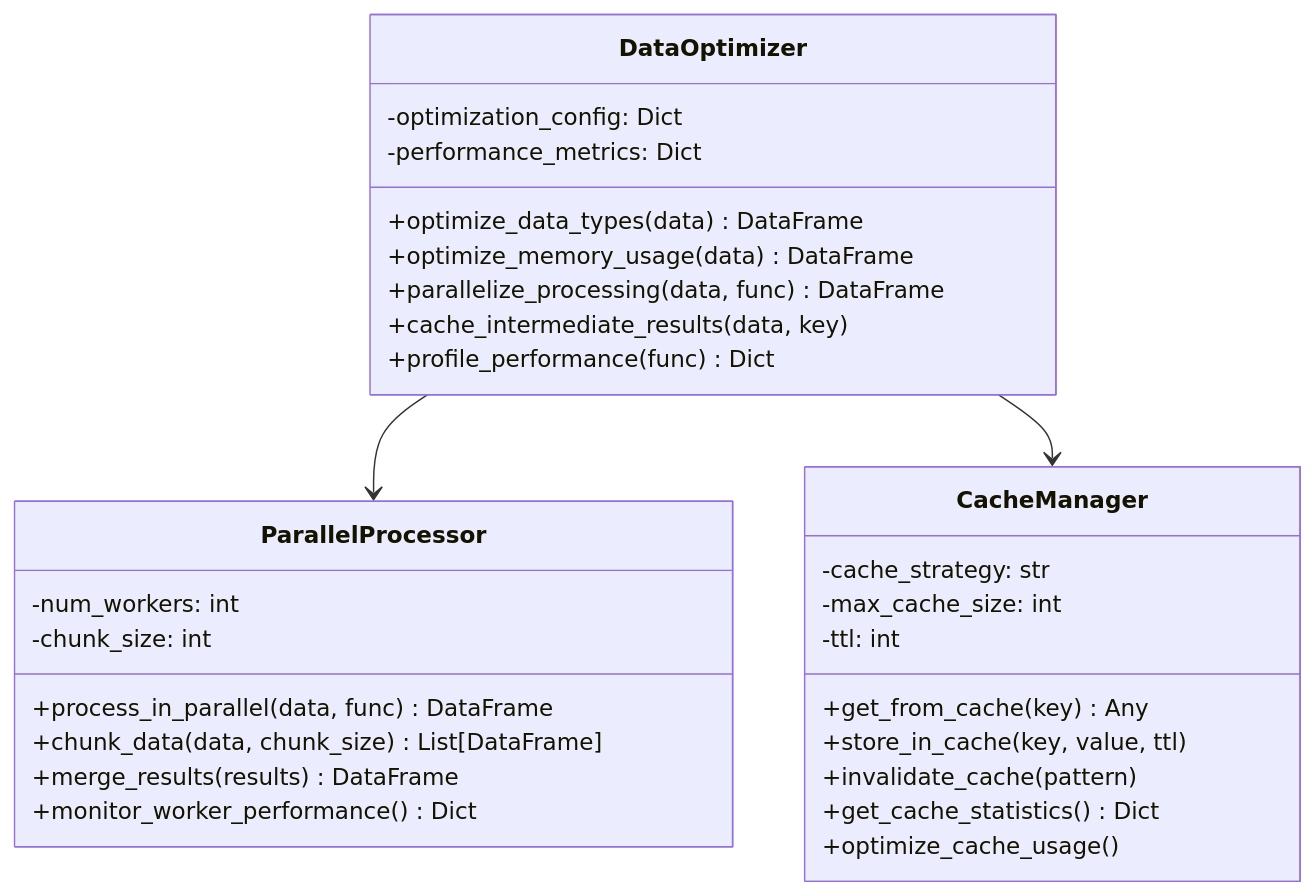
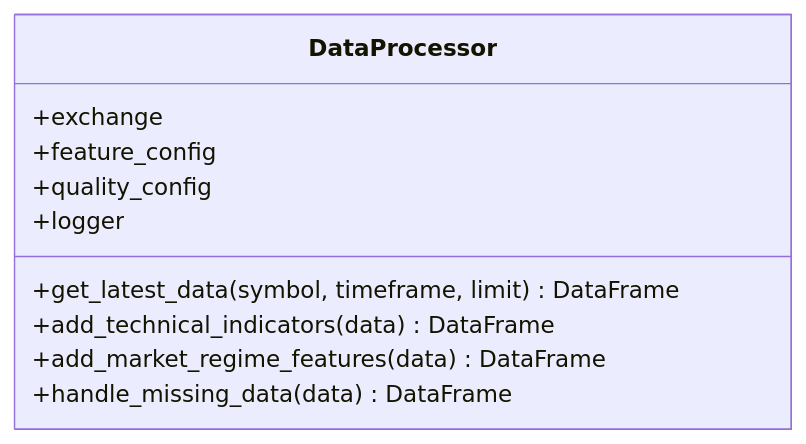
Before and after one commit to cluster2600/ELVIS: the fourth of 5 diagrams in docs/data_processing.md, drawn with Mermaid. The commit also changed other lines of this file and 60 other files, not shown here.

````diff
--- a/docs/data_processing.md
+++ b/docs/data_processing.md
@@ -661,35 +250,13 @@
 ```mermaid
 classDiagram
-    class DataOptimizer {
-        -optimization_config: Dict
-        -performance_metrics: Dict
-        +optimize_data_types(data) DataFrame
-        +optimize_memory_usage(data) DataFrame
-        +parallelize_processing(data, func) DataFrame
-        +cache_intermediate_results(data, key)
-        +profile_performance(func) Dict
+    class DataProcessor {
+        +exchange
+        +feature_config
+        +quality_config
+        +logger
+        +get_latest_data(symbol, timeframe, limit) DataFrame
+        +add_technical_indicators(data) DataFrame
+        +add_market_regime_features(data) DataFrame
+        +handle_missing_data(data) DataFrame
     }
-    
-    class ParallelProcessor {
-        -num_workers: int
-        -chunk_size: int
-        +process_in_parallel(data, func) DataFrame
-        +chunk_data(data, chunk_size) List[DataFrame]
-        +merge_results(results) DataFrame
-        +monitor_worker_performance() Dict
-    }
-    
-    class CacheManager {
-        -cache_strategy: str
-        -max_cache_size: int
-        -ttl: int
-        +get_from_cache(key) Any
-        +store_in_cache(key, value, ttl)
-        +invalidate_cache(pattern)
-        +get_cache_statistics() Dict
-        +optimize_cache_usage()
-    }
-    
-    DataOptimizer --> ParallelProcessor
-    DataOptimizer --> CacheManager
 ```
````
